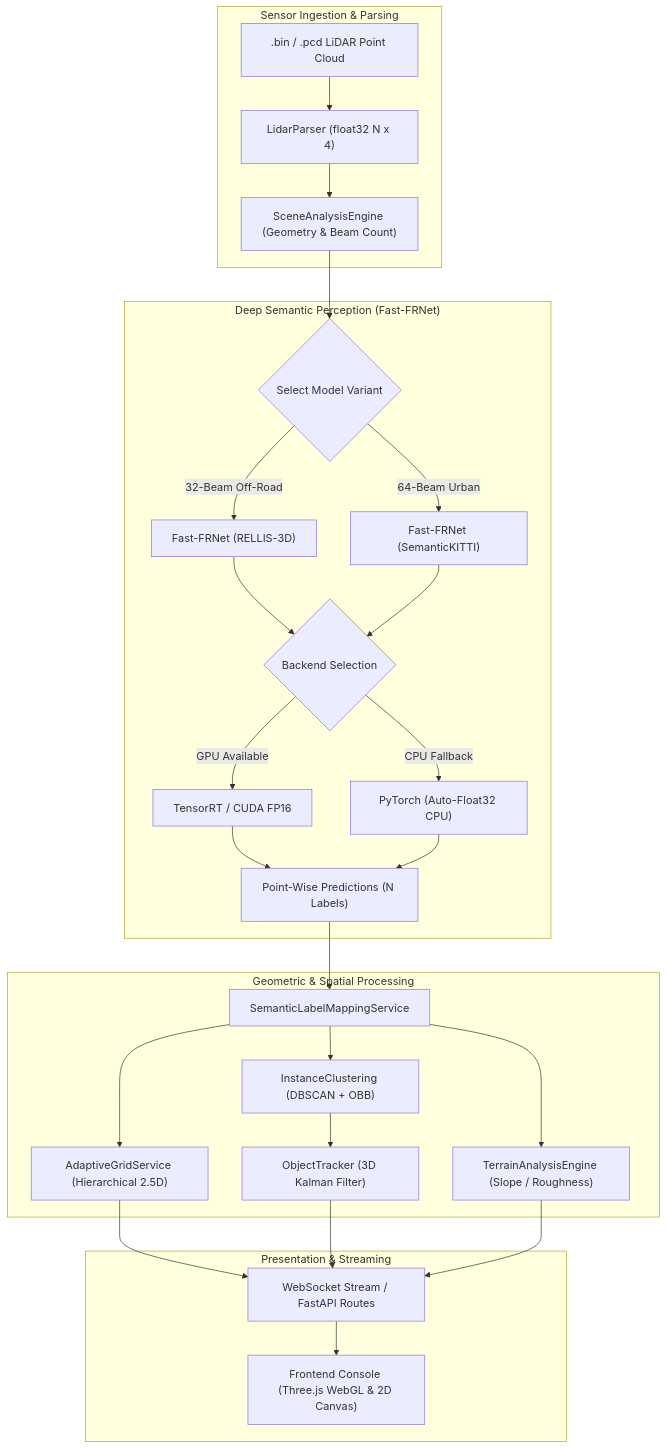
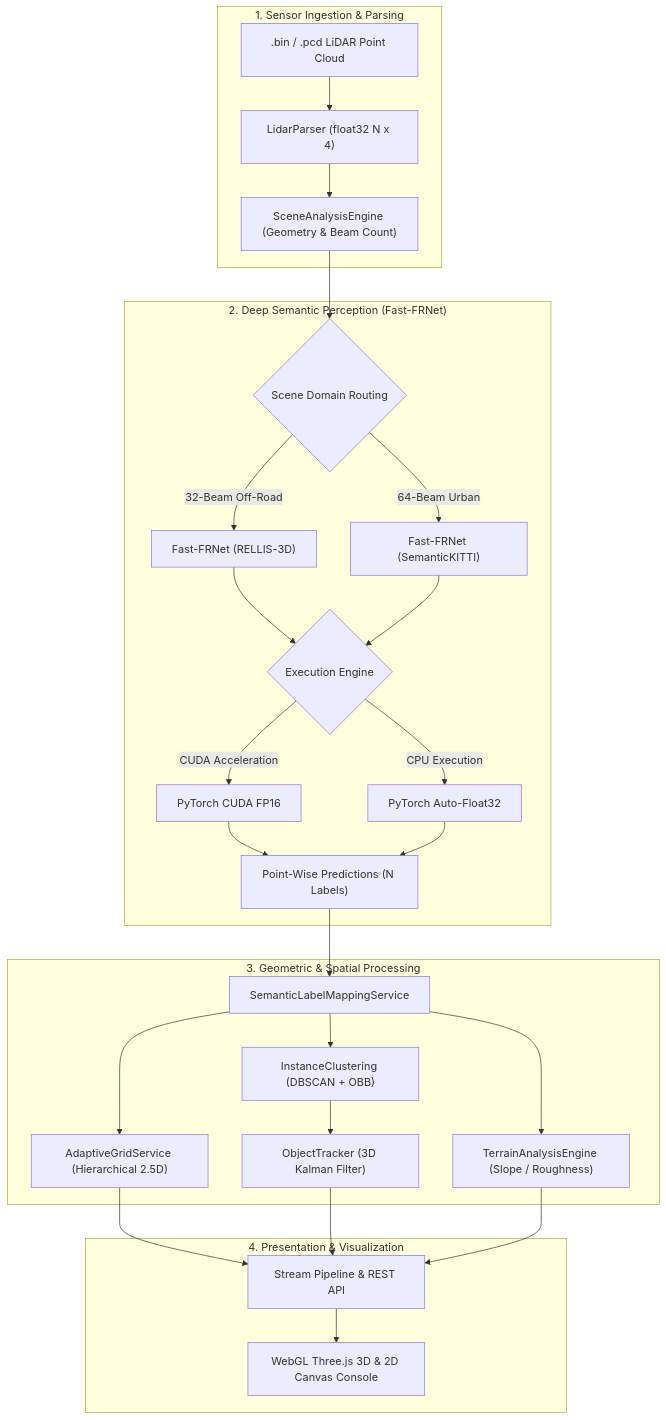
One commit to likith1302/Lidar-X changed the diagram in README.md. Above: the diagram before and after it, drawn with Mermaid. The commit also changed other lines of this file, not shown here.

Commit message:
docs: update README with live deployment URLs and architecture

````diff
--- a/README.md
+++ b/README.md
@@ -81,36 +97,36 @@
 ```mermaid
 flowchart TD
-    subgraph Ingestion ["Sensor Ingestion & Parsing"]
+    subgraph Ingestion ["1. Sensor Ingestion & Parsing"]
         RawScan[".bin / .pcd LiDAR Point Cloud"] --> LidarParser["LidarParser (float32 N x 4)"]
         LidarParser --> SceneAnalysis["SceneAnalysisEngine (Geometry & Beam Count)"]
     end
 
-    subgraph NeuralInference ["Deep Semantic Perception (Fast-FRNet)"]
-        SceneAnalysis --> RouteModel{"Select Model Variant"}
+    subgraph NeuralInference ["2. Deep Semantic Perception (Fast-FRNet)"]
+        SceneAnalysis --> RouteModel{"Scene Domain Routing"}
         RouteModel -- "32-Beam Off-Road" --> ModelRellis["Fast-FRNet (RELLIS-3D)"]
         RouteModel -- "64-Beam Urban" --> ModelKITTI["Fast-FRNet (SemanticKITTI)"]
         
-        ModelRellis --> BackendSelector{"Backend Selection"}
+        ModelRellis --> BackendSelector{"Execution Engine"}
         ModelKITTI --> BackendSelector
-        BackendSelector -- "GPU Available" --> TRT["TensorRT / CUDA FP16"]
-        BackendSelector -- "CPU Fallback" --> PyTorch["PyTorch (Auto-Float32 CPU)"]
+        BackendSelector -- "CUDA Acceleration" --> TRT["PyTorch CUDA FP16"]
+        BackendSelector -- "CPU Execution" --> PyTorch["PyTorch Auto-Float32"]
         
         TRT --> Predictions["Point-Wise Predictions (N Labels)"]
         PyTorch --> Predictions
     end
 
-    subgraph PerceptionEngine ["Geometric & Spatial Processing"]
+    subgraph PerceptionEngine ["3. Geometric & Spatial Processing"]
         Predictions --> LabelMapping["SemanticLabelMappingService"]
         LabelMapping --> Clustering["InstanceClustering (DBSCAN + OBB)"]
         LabelMapping --> Terrain["TerrainAnalysisEngine (Slope / Roughness)"]
         LabelMapping --> AdaptiveGrid["AdaptiveGridService (Hierarchical 2.5D)"]
         Clustering --> Tracking["ObjectTracker (3D Kalman Filter)"]
     end
 
-    subgraph Presentation ["Presentation & Streaming"]
-        AdaptiveGrid --> WebSocket["WebSocket Stream / FastAPI Routes"]
-        Tracking --> WebSocket
-        Terrain --> WebSocket
-        WebSocket --> ThreeJS["Frontend Console (Three.js WebGL & 2D Canvas)"]
+    subgraph Presentation ["4. Presentation & Visualization"]
+        AdaptiveGrid --> StreamPipe["Stream Pipeline & REST API"]
+        Tracking --> StreamPipe
+        Terrain --> StreamPipe
+        StreamPipe --> WebConsole["WebGL Three.js 3D & 2D Canvas Console"]
     end
 ```
````
